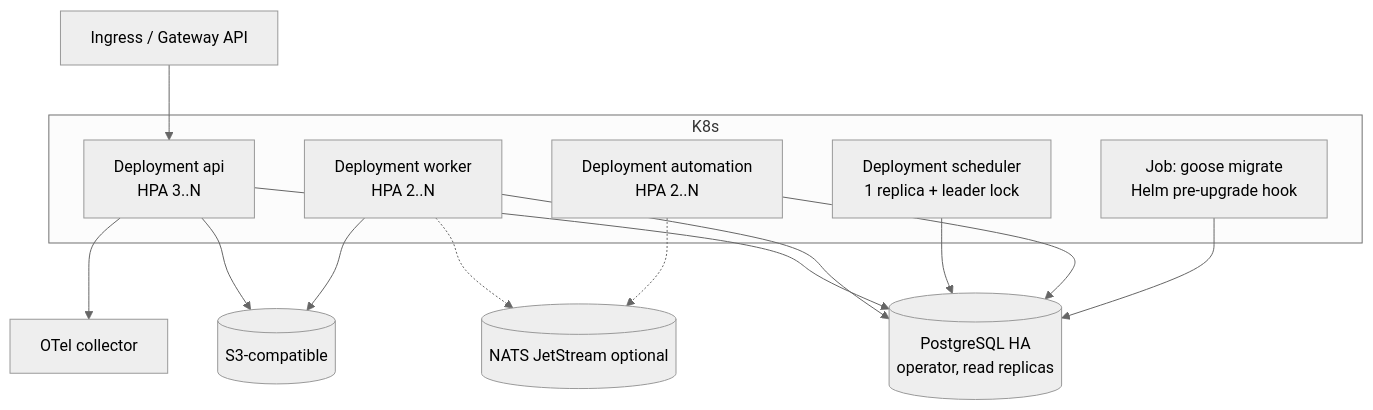
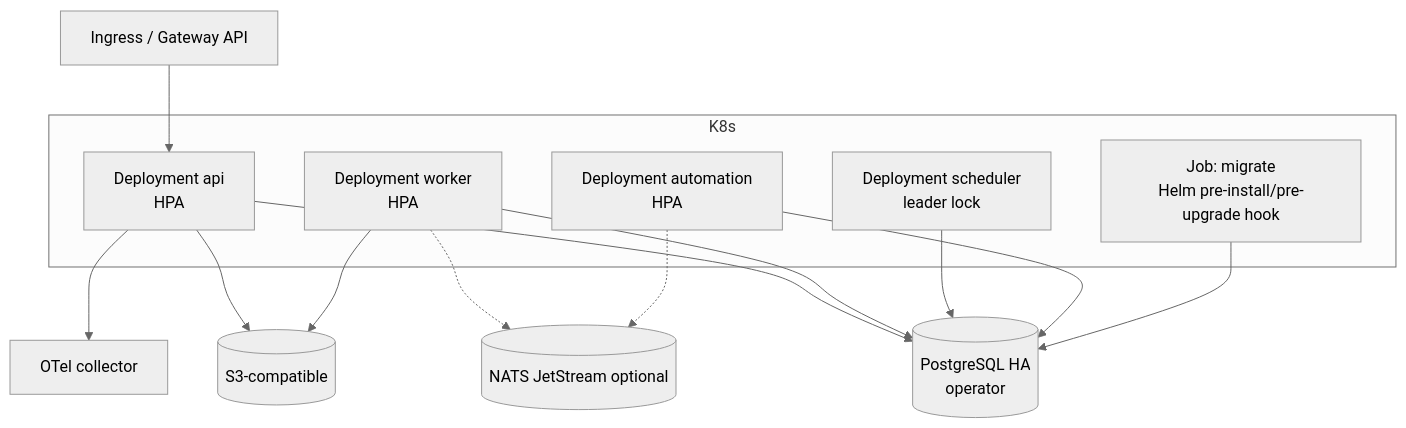
Before and after one commit to Jersyfi/hubtask: the seventh of 7 diagrams in docs/architecture/arc42.md, drawn with Mermaid (neutral theme). The commit also changed other lines of this file and 1979 other files, not shown here.

````diff
--- a/docs/architecture/arc42.md
+++ b/docs/architecture/arc42.md
@@ -505,27 +527,27 @@
 ```mermaid
 graph TB
   ING[Ingress / Gateway API]
   subgraph K8s
-    D1[Deployment api<br/>HPA 3..N]
-    D2[Deployment worker<br/>HPA 2..N]
-    D3[Deployment scheduler<br/>1 replica + leader lock]
-    D4[Deployment automation<br/>HPA 2..N]
-    JOB[Job: goose migrate<br/>Helm pre-upgrade hook]
+    D1[Deployment api<br/>HPA]
+    D2[Deployment worker<br/>HPA]
+    D3[Deployment scheduler<br/>leader lock]
+    D4[Deployment automation<br/>HPA]
+    JOB[Job: migrate<br/>Helm pre-install/pre-upgrade hook]
   end
-  PG[(PostgreSQL HA<br/>operator, read replicas)]
+  PG[(PostgreSQL HA<br/>operator)]
   S3[(S3-compatible)]
   NATS[(NATS JetStream optional)]
   OTELC[OTel collector]
 
   ING --> D1
   D1 --> PG
   D2 --> PG
   D3 --> PG
   D4 --> PG
   D1 --> S3
   D2 --> S3
   D2 -.-> NATS
   D4 -.-> NATS
   D1 --> OTELC
   JOB --> PG
 ```
````
